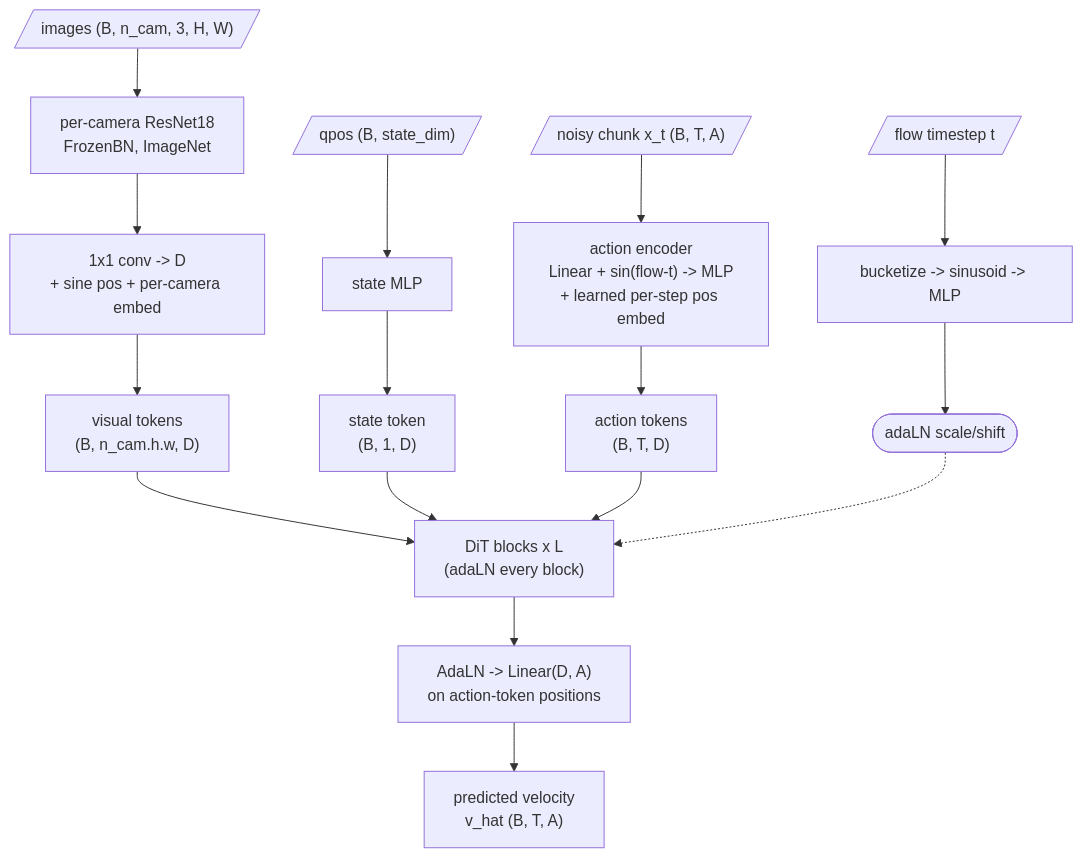
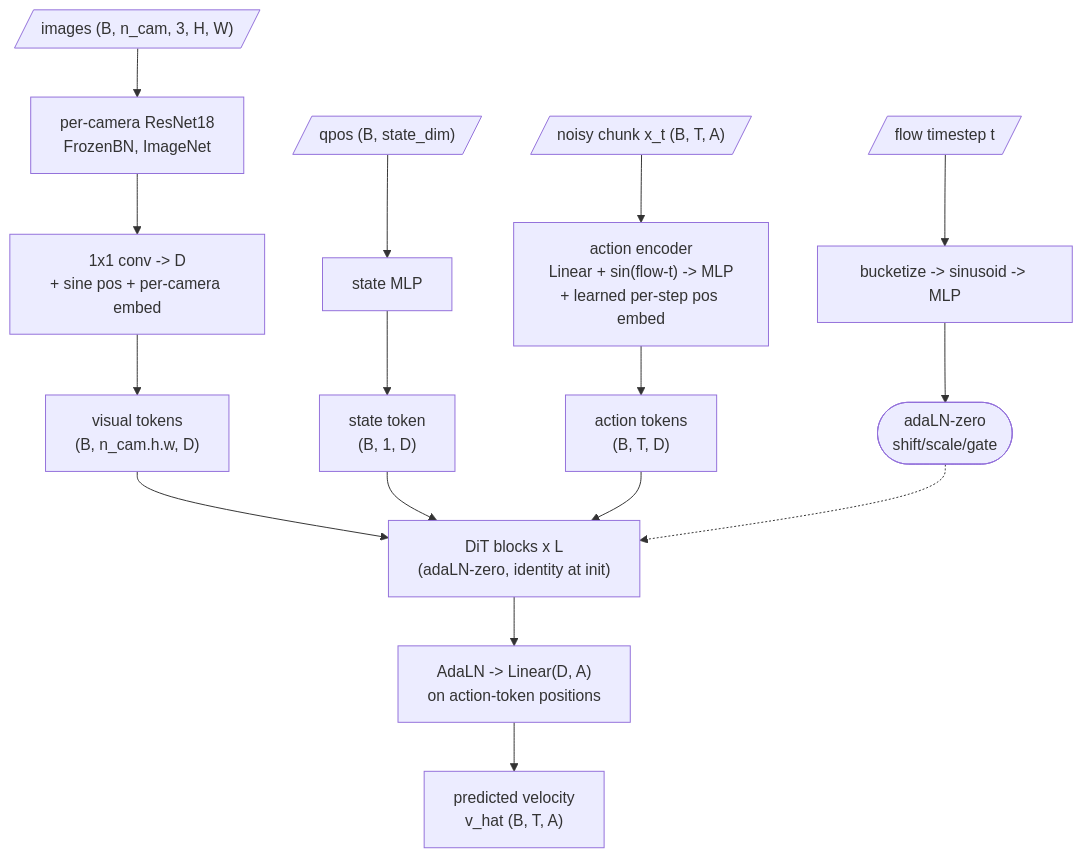
The first of 2 diagrams in detr/models/README_diffusion_flow.md (bfortuno/act), drawn with Mermaid before and after one commit. The commit also changed other lines of this file, not shown here.

Commit message:
docs: update README_diffusion_flow for adaLN-zero, EMA, gripper rescale, run_config

````diff
--- a/detr/models/README_diffusion_flow.md
+++ b/detr/models/README_diffusion_flow.md
@@ -32,21 +32,21 @@
 ```mermaid
 flowchart TD
     img[/"images (B, n_cam, 3, H, W)"/] --> bb["per-camera ResNet18<br/>FrozenBN, ImageNet"]
     bb --> proj["1x1 conv -&gt; D<br/>+ sine pos + per-camera embed"]
     proj --> vis["visual tokens<br/>(B, n_cam.h.w, D)"]
 
     qpos[/"qpos (B, state_dim)"/] --> se["state MLP"] --> st["state token<br/>(B, 1, D)"]
 
     xt[/"noisy chunk x_t (B, T, A)"/] --> ae["action encoder<br/>Linear + sin(flow-t) -&gt; MLP<br/>+ learned per-step pos embed"]
     ae --> at["action tokens<br/>(B, T, D)"]
 
-    ft[/"flow timestep t"/] --> te["bucketize -&gt; sinusoid -&gt; MLP"] --> temb(["adaLN scale/shift"])
+    ft[/"flow timestep t"/] --> te["bucketize -&gt; sinusoid -&gt; MLP"] --> temb(["adaLN-zero<br/>shift/scale/gate"])
 
-    vis --> dit["DiT blocks x L<br/>(adaLN every block)"]
+    vis --> dit["DiT blocks x L<br/>(adaLN-zero, identity at init)"]
     st --> dit
     at --> dit
     temb -.-> dit
 
     dit --> outn["AdaLN -&gt; Linear(D, A)<br/>on action-token positions"]
     outn --> v["predicted velocity<br/>v_hat (B, T, A)"]
 ```
````
